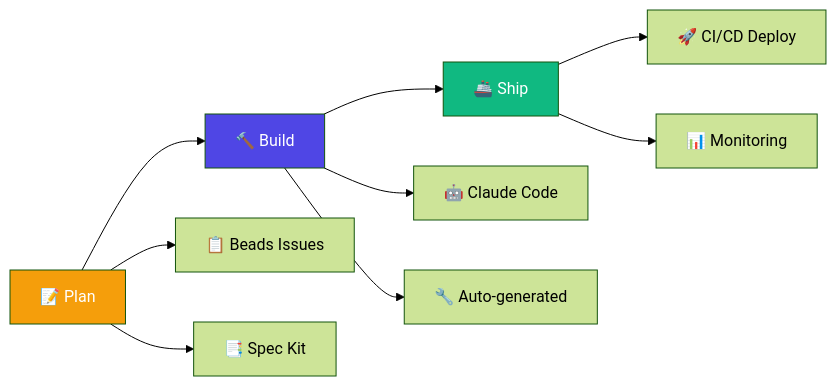
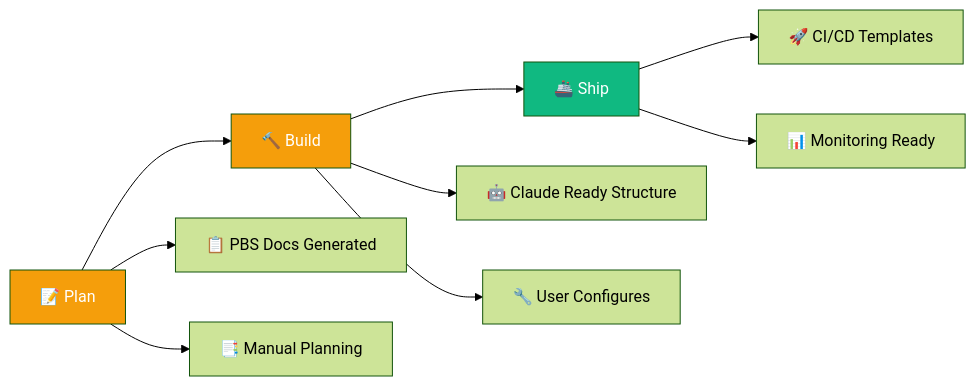
The fourth of 4 diagrams in README.md (kareemschultz/karetech-stack), drawn with Mermaid (forest theme) before and after one commit. The commit also changed other lines of this file and 5 other files, not shown here.

````diff
--- a/README.md
+++ b/README.md
@@ -206,17 +270,17 @@
 ```mermaid
 graph LR
     A[📝 Plan] --> B[🔨 Build] --> C[🚢 Ship]
 
-    A --> A1[📋 Beads Issues]
-    A --> A2[📑 Spec Kit]
+    A --> A1[📋 PBS Docs Generated]
+    A --> A2[📑 Manual Planning]
 
-    B --> B1[🤖 Claude Code]
-    B --> B2[🔧 Auto-generated]
+    B --> B1[🤖 Claude Ready Structure]
+    B --> B2[🔧 User Configures]
 
-    C --> C1[🚀 CI/CD Deploy]
-    C --> C2[📊 Monitoring]
+    C --> C1[🚀 CI/CD Templates]
+    C --> C2[📊 Monitoring Ready]
 
     style A fill:#F59E0B,color:#fff
-    style B fill:#4F46E5,color:#fff
+    style B fill:#F59E0B,color:#fff
     style C fill:#10B981,color:#fff
 ```
````
